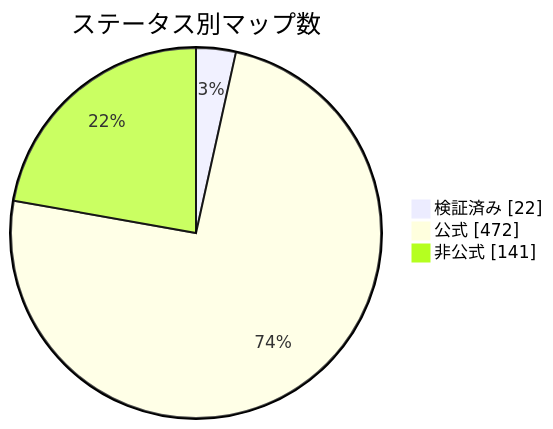
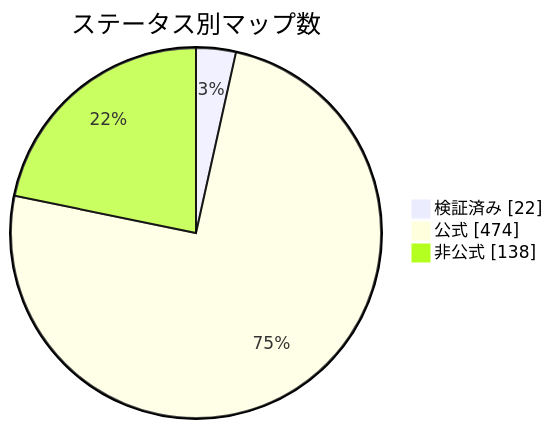
The diagram in docs/readme/README_JP.md (nobrega8/mbmap-library), drawn with Mermaid before and after one commit. The commit also changed 8 other files, not shown here.

````diff
--- a/docs/readme/README_JP.md
+++ b/docs/readme/README_JP.md
@@ -54,7 +54,7 @@
 ```mermaid
 pie showData
     title ステータス別マップ数
     "検証済み" : 22
-    "公式" : 472
-    "非公式" : 141
+    "公式" : 474
+    "非公式" : 138
 ```
````
